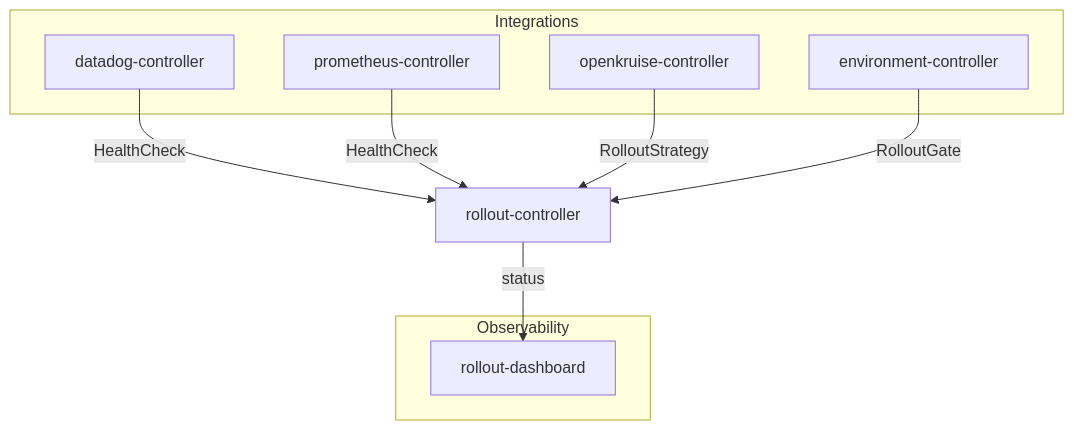
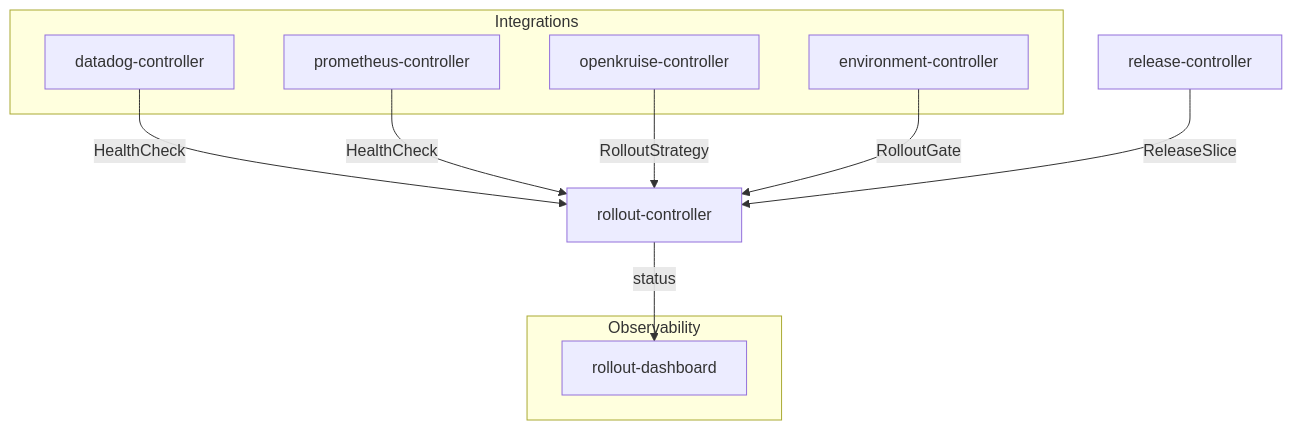
The diagram in README.md (kuberik/kuberik), drawn with Mermaid before and after one commit. The commit also changed other lines of this file and 12 other files, not shown here.

````diff
--- a/README.md
+++ b/README.md
@@ -100,21 +100,23 @@
 ```mermaid
 graph TD
     RC[rollout-controller]
+    REL[release-controller]
 
     subgraph Integrations
         DD[datadog-controller]
         PROM[prometheus-controller]
         OK[openkruise-controller]
         ENV[environment-controller]
     end
 
     subgraph Observability
         DASH[rollout-dashboard]
     end
 
     DD -->|HealthCheck| RC
     PROM -->|HealthCheck| RC
     OK -->|RolloutStrategy| RC
     ENV -->|RolloutGate| RC
+    REL -->|ReleaseSlice| RC
     RC -->|status| DASH
 ```
````
